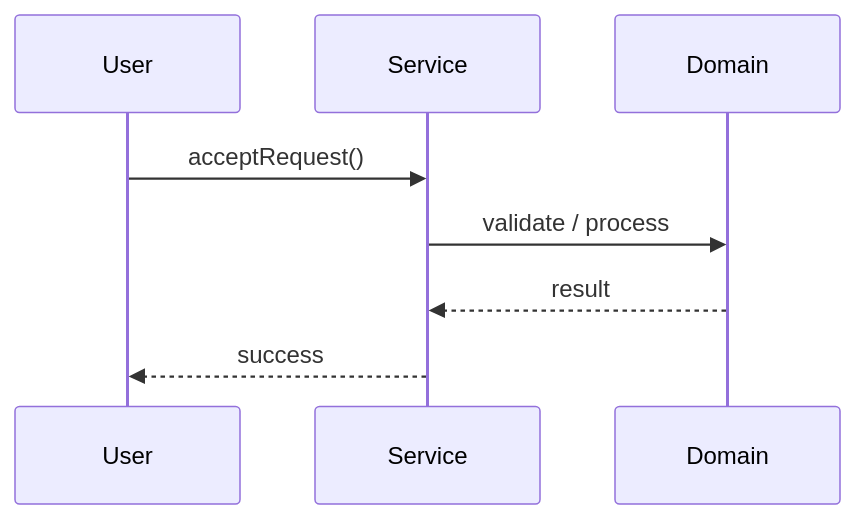
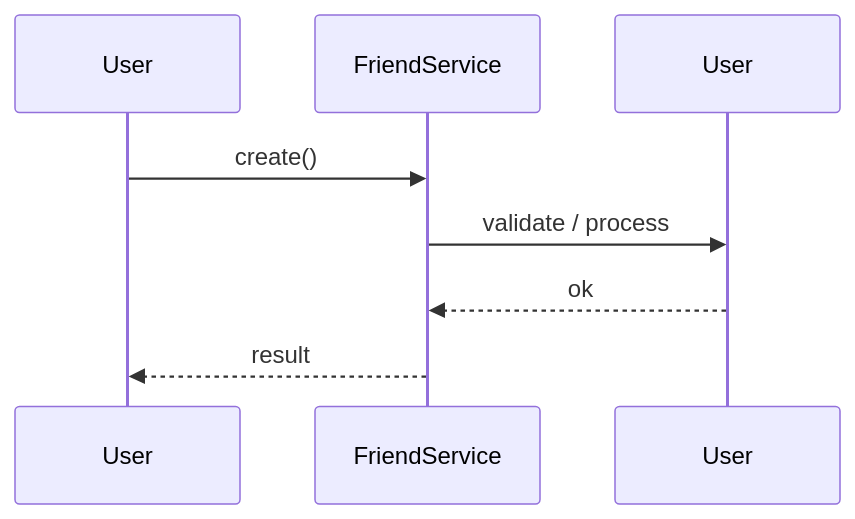
One commit to madhupaila/Interview-Prep-SSE changed the second of 3 diagrams in Learn/System Design - Low Level Design/02-classic-ood/questions/Q45-friend-request.md. Above: the diagram before and after it, drawn with Mermaid. The commit also changed other lines of this file and 491 other files, not shown here.

````diff
--- a/Learn/System Design - Low Level Design/02-classic-ood/questions/Q45-friend-request.md
+++ b/Learn/System Design - Low Level Design/02-classic-ood/questions/Q45-friend-request.md
@@ -121,10 +148,10 @@
 ```mermaid
 sequenceDiagram
-    participant U as User
-    participant S as Service
-    participant D as Domain
-    U->>S: acceptRequest()
-    S->>D: validate / process
-    D-->>S: result
-    S-->>U: success
+participant U as User
+participant S as FriendService
+participant D as User
+U->>S: create()
+S->>D: validate / process
+D-->>S: ok
+S-->>U: result
 ```
````
